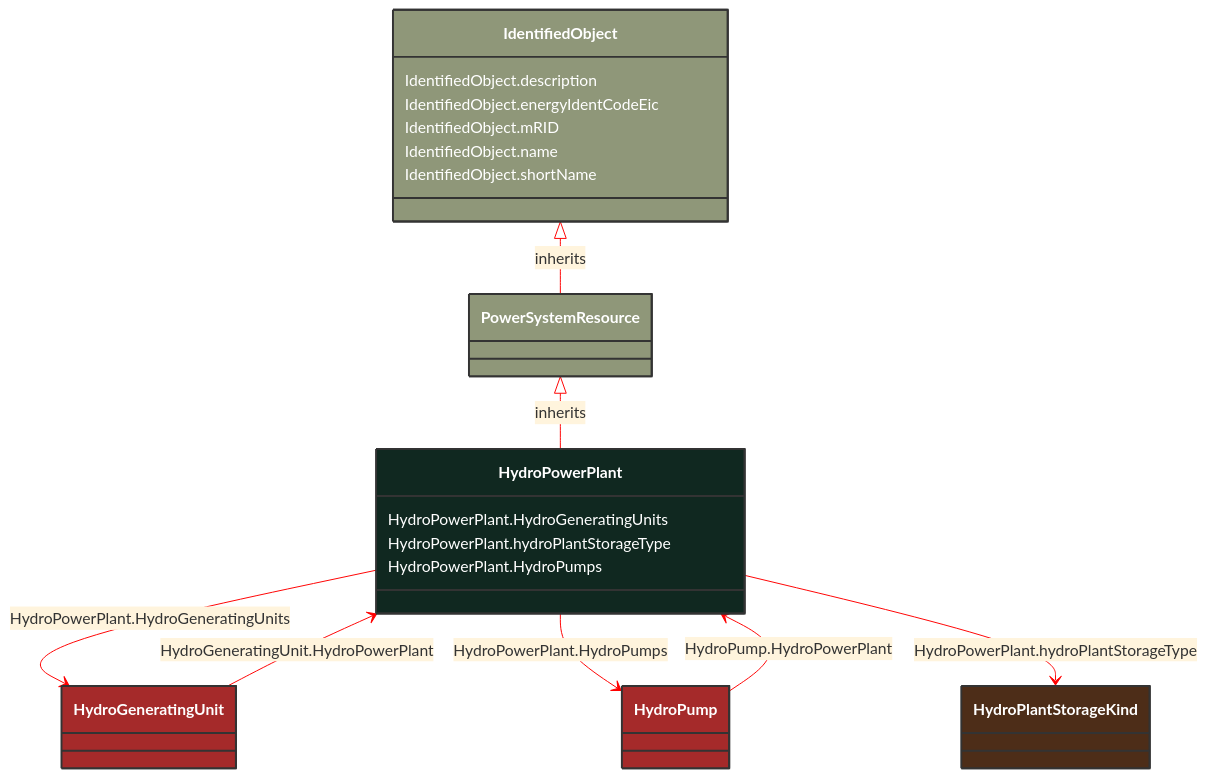
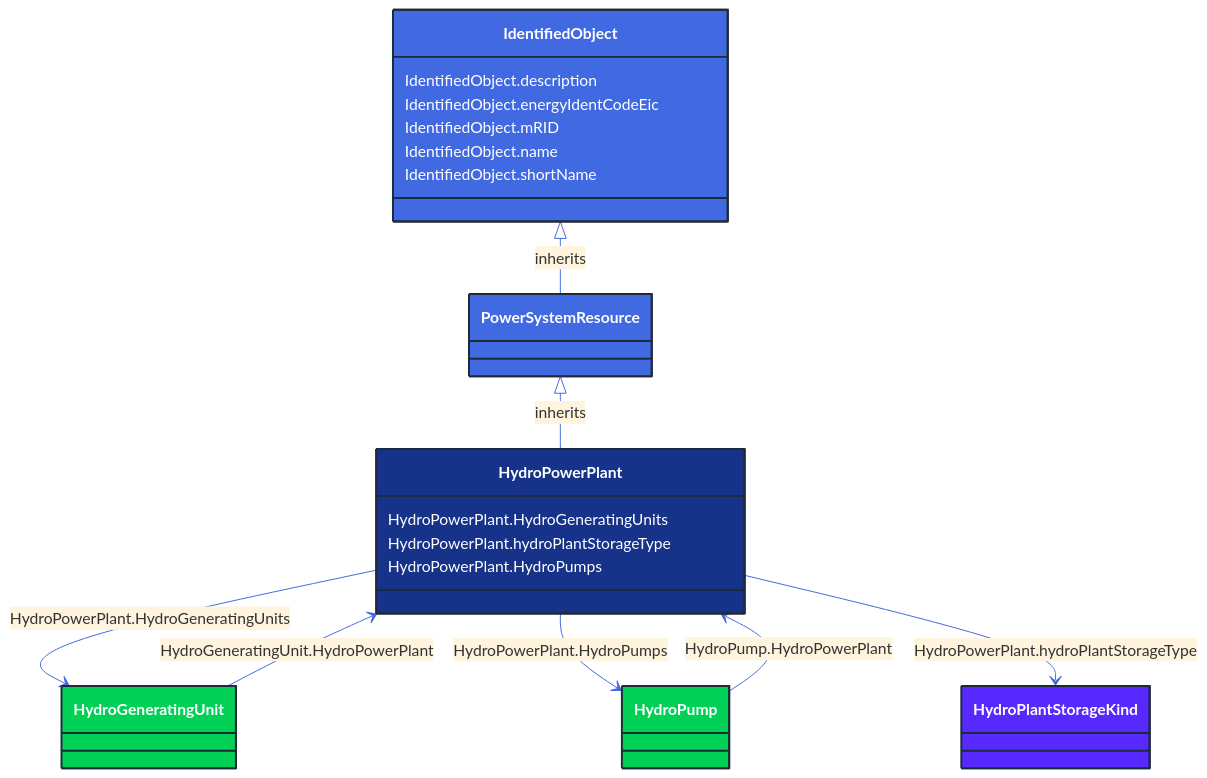
The diagram in docs/Models/Profiles/CoreEquipment/ConcreteClasses/HydroPowerPlant.md (3lbits/NoCIMExtensions), drawn with Mermaid before and after one commit. The commit also changed 362 other files, not shown here.

First line of the commit message:
Update diagrams and styles for improved visual consistency

````diff
--- a/docs/Models/Profiles/CoreEquipment/ConcreteClasses/HydroPowerPlant.md
+++ b/docs/Models/Profiles/CoreEquipment/ConcreteClasses/HydroPowerPlant.md
@@ -8,53 +8,53 @@
 ```mermaid
-%%{init: {'theme':'base','themeVariables': {'lineColor': '#FF0000'}}}%%
+%%{init: {'theme':'base','themeVariables': {'lineColor': '#4169E1'}}}%%
 classDiagram
     class HydroPowerPlant
     click HydroPowerPlant href "/Models/Profiles/CoreEquipment/ConcreteClasses/HydroPowerPlant/"
-    style HydroPowerPlant fill:#102820,stroke:#333,stroke-width:2px,rx:10,ry:10,color:white
+    style HydroPowerPlant fill:#163289,stroke:#1F2A37,stroke-width:2px,rx:10,ry:10,color:white
      
         PowerSystemResource <|-- HydroPowerPlant : inherits
             click PowerSystemResource href "/Models/Profiles/CoreEquipment/AbstractClasses/PowerSystemResource/"
-            style PowerSystemResource fill:#8F9779,stroke:#333,stroke-width:2px,rx:10,ry:10,color:white
+            style PowerSystemResource fill:#4169E1,stroke:#1F2A37,stroke-width:2px,rx:10,ry:10,color:white
      
         IdentifiedObject <|-- PowerSystemResource : inherits
             click IdentifiedObject href "/Models/Profiles/CoreEquipment/AbstractClasses/IdentifiedObject/"
-            style IdentifiedObject fill:#8F9779,stroke:#333,stroke-width:2px,rx:10,ry:10,color:white
+            style IdentifiedObject fill:#4169E1,stroke:#1F2A37,stroke-width:2px,rx:10,ry:10,color:white
 
         HydroPowerPlant --> HydroGeneratingUnit : HydroPowerPlant.HydroGeneratingUnits
 
         HydroGeneratingUnit
             click HydroGeneratingUnit href "/Models/Profiles/CoreEquipment/ConcreteClasses/HydroGeneratingUnit/"
-            style HydroGeneratingUnit fill:#A52A2A,stroke:#333,stroke-width:2px,rx:10,ry:10,color:white
+            style HydroGeneratingUnit fill:#00D156,stroke:#1F2A37,stroke-width:2px,rx:10,ry:10,color:white
         HydroPowerPlant --> HydroPump : HydroPowerPlant.HydroPumps
 
         HydroPump
             click HydroPump href "/Models/Profiles/CoreEquipment/ConcreteClasses/HydroPump/"
-            style HydroPump fill:#A52A2A,stroke:#333,stroke-width:2px,rx:10,ry:10,color:white
+            style HydroPump fill:#00D156,stroke:#1F2A37,stroke-width:2px,rx:10,ry:10,color:white
 
         HydroGeneratingUnit --> HydroPowerPlant : HydroGeneratingUnit.HydroPowerPlant
 
         HydroGeneratingUnit
             click HydroGeneratingUnit href "/Models/Profiles/CoreEquipment/ConcreteClasses/HydroGeneratingUnit/"
-            style HydroGeneratingUnit fill:#A52A2A,stroke:#333,stroke-width:2px,rx:10,ry:10,color:white
+            style HydroGeneratingUnit fill:#00D156,stroke:#1F2A37,stroke-width:2px,rx:10,ry:10,color:white
 
         HydroPump --> HydroPowerPlant : HydroPump.HydroPowerPlant
 
         HydroPump
             click HydroPump href "/Models/Profiles/CoreEquipment/ConcreteClasses/HydroPump/"
-            style HydroPump fill:#A52A2A,stroke:#333,stroke-width:2px,rx:10,ry:10,color:white
+            style HydroPump fill:#00D156,stroke:#1F2A37,stroke-width:2px,rx:10,ry:10,color:white
 
         HydroPowerPlant --> HydroPlantStorageKind : HydroPowerPlant.hydroPlantStorageType
 
         HydroPlantStorageKind
             click HydroPlantStorageKind href "/Models/Profiles/CoreEquipment/Enumerations/HydroPlantStorageKind/"
-            style HydroPlantStorageKind fill:#4D2D18,stroke:#333,stroke-width:2px,rx:10,ry:10,color:white
+            style HydroPlantStorageKind fill:#5729FF,stroke:#1F2A37,stroke-width:2px,rx:10,ry:10,color:white
 
         HydroPowerPlant : HydroPowerPlant.HydroGeneratingUnits
         HydroPowerPlant : HydroPowerPlant.hydroPlantStorageType
         HydroPowerPlant : HydroPowerPlant.HydroPumps
         IdentifiedObject : IdentifiedObject.description
         IdentifiedObject : IdentifiedObject.energyIdentCodeEic
         IdentifiedObject : IdentifiedObject.mRID
         IdentifiedObject : IdentifiedObject.name
         IdentifiedObject : IdentifiedObject.shortName
 ```
````
